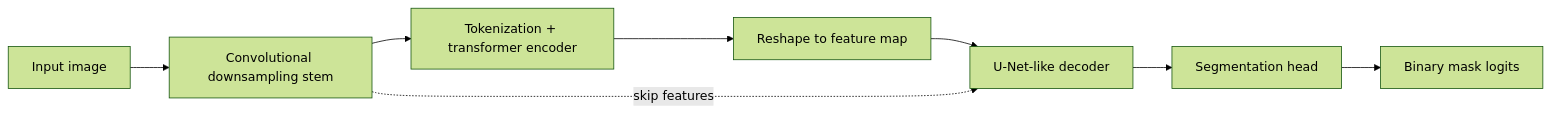
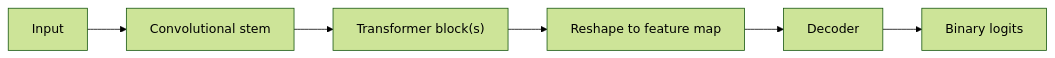
One commit to Pushpalathadevi/HydrideSegmentation changed the fourth of 4 diagrams in docs/model_architecture_manuscript_foundation.md. Above: the diagram before and after it, drawn with Mermaid (forest theme). The commit also changed other lines of this file and 16 other files, not shown here.

````diff
--- a/docs/model_architecture_manuscript_foundation.md
+++ b/docs/model_architecture_manuscript_foundation.md
@@ -54,11 +99,8 @@
 ```mermaid
 flowchart LR
-    I["Input image"] --> C["Convolutional downsampling stem"]
-    C --> T["Tokenization + transformer encoder"]
+    I["Input"] --> C["Convolutional stem"]
+    C --> T["Transformer block(s)"]
     T --> R["Reshape to feature map"]
-    R --> U["U-Net-like decoder"]
-    U --> H["Segmentation head"]
-    H --> O["Binary mask logits"]
-
-    C -. skip features .-> U
+    R --> D["Decoder"]
+    D --> O["Binary logits"]
 ```
````
